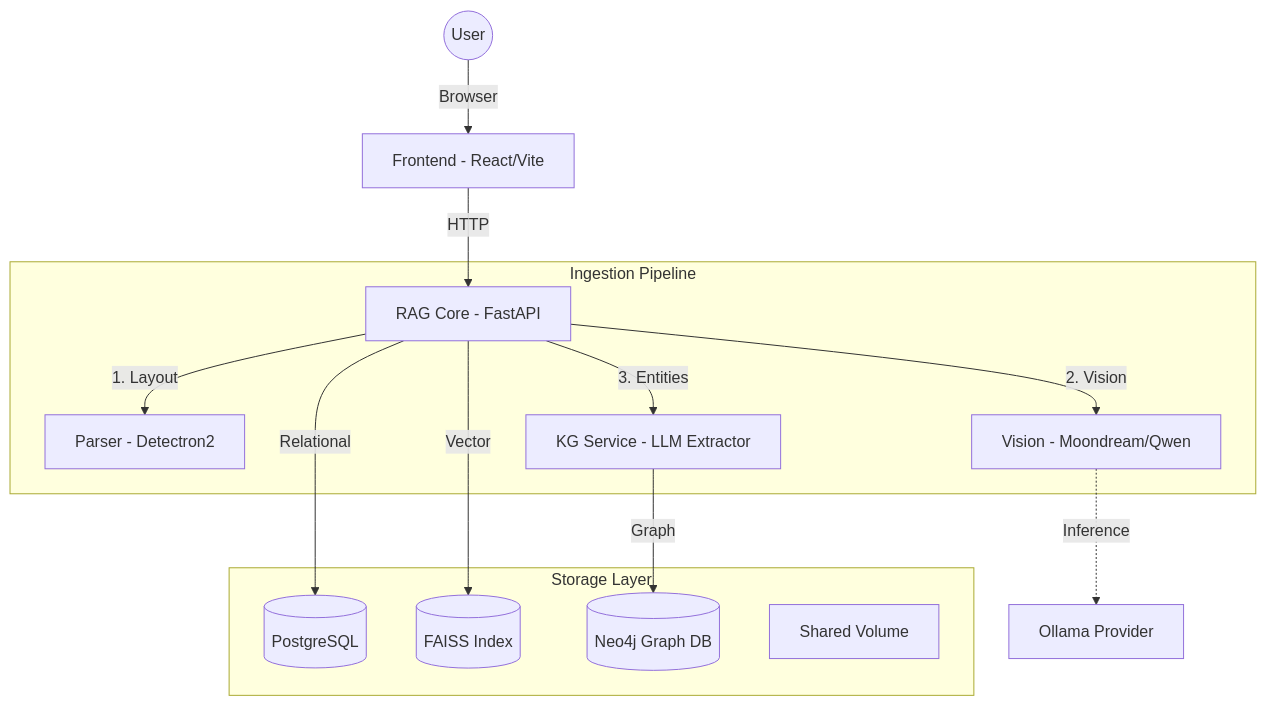
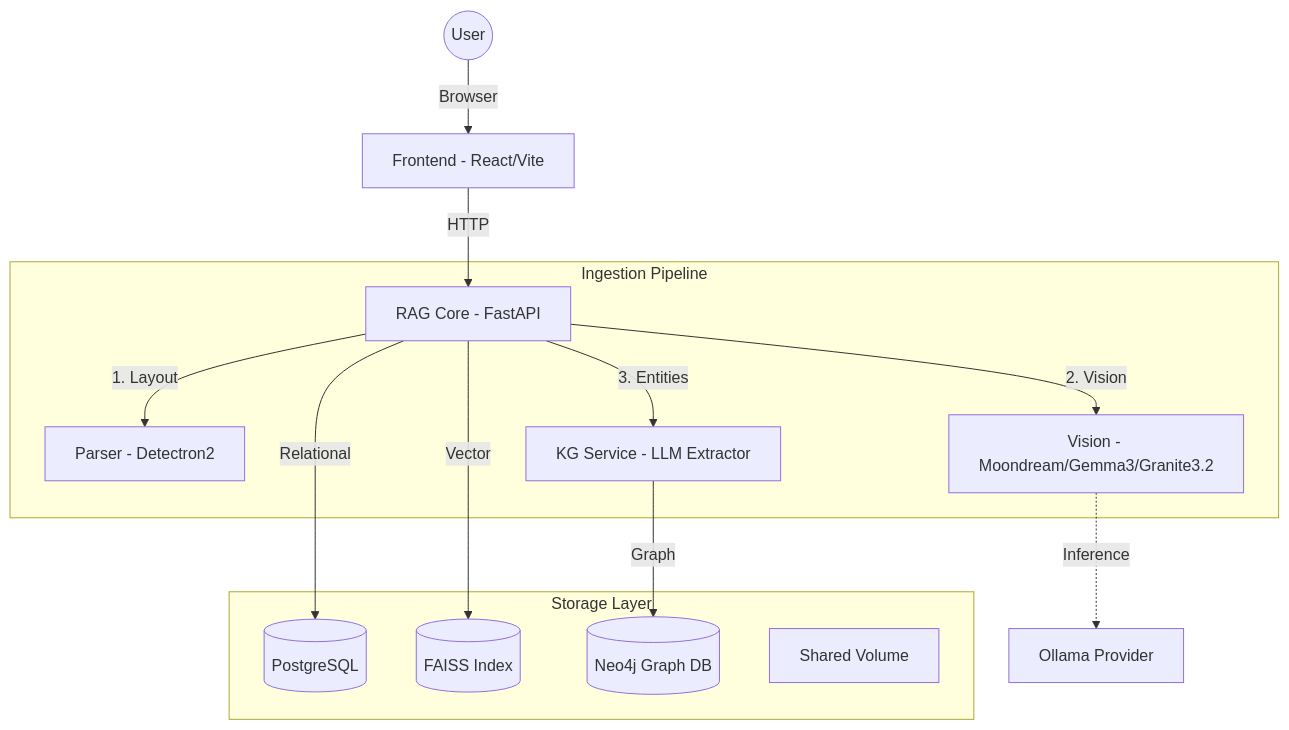
One commit to sft3hy/AIRBud2.0 changed the diagram in README.md. Above: the diagram before and after it, drawn with Mermaid. The commit also changed other lines of this file and 5 other files, not shown here.

````diff
--- a/README.md
+++ b/README.md
@@ -13,20 +13,20 @@
 ```mermaid
 graph TD
     User((User)) -->|Browser| Frontend[Frontend - React/Vite]
     Frontend -->|HTTP| Core[RAG Core - FastAPI]
 
     subgraph "Ingestion Pipeline"
         Core -->|1. Layout| Parser[Parser - Detectron2]
-        Core -->|2. Vision| Vision[Vision - Moondream/Qwen]
+        Core -->|2. Vision| Vision[Vision - Moondream/Gemma3/Granite3.2]
         Core -->|3. Entities| KG[KG Service - LLM Extractor]
     end
 
     subgraph "Storage Layer"
         Core -->|Relational| Postgres[(PostgreSQL)]
         Core -->|Vector| FAISS[(FAISS Index)]
         KG -->|Graph| Neo4j[(Neo4j Graph DB)]
         SharedVol[Shared Volume]
     end
 
     Vision -.->|Inference| Ollama[Ollama Provider]
 ```
````
